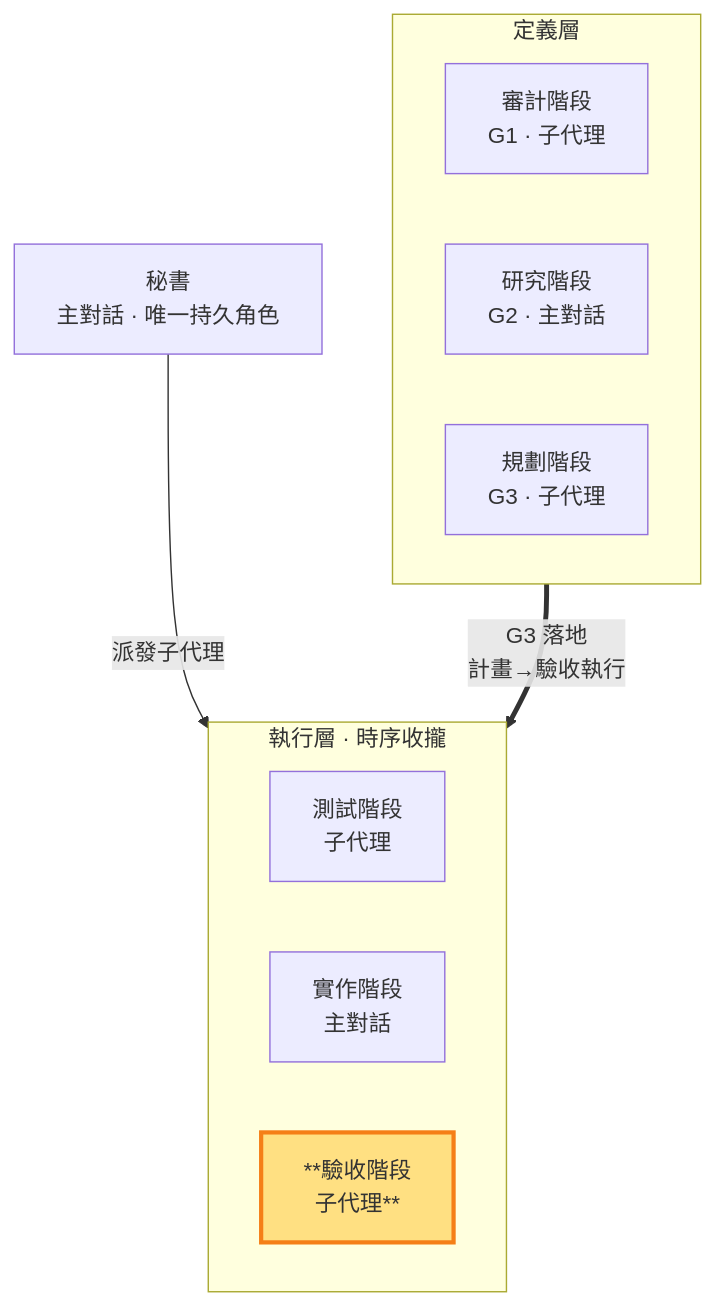
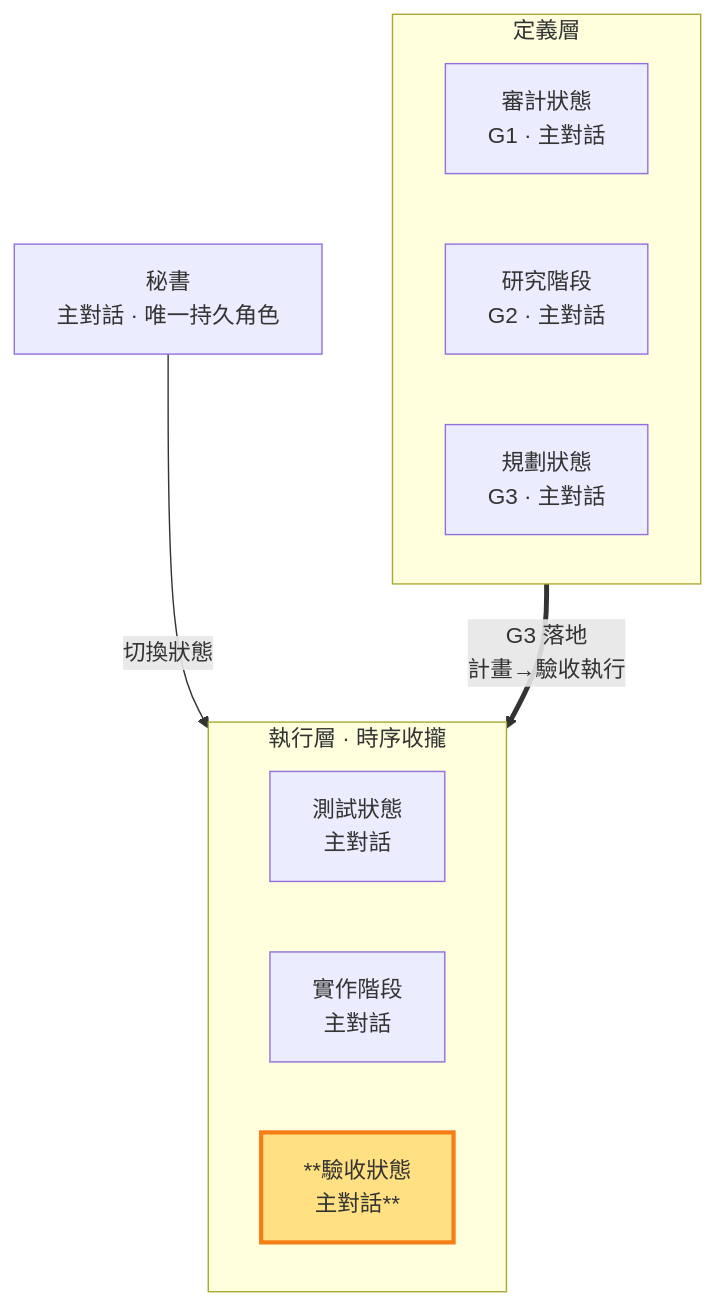
One commit to teps3105/shiftblame changed the diagram in skills/shiftblame/references/VERIFY.md. Above: the diagram before and after it, drawn with Mermaid. The commit also changed other lines of this file and 31 other files, not shown here.

````diff
--- a/skills/shiftblame/references/VERIFY.md
+++ b/skills/shiftblame/references/VERIFY.md
@@ -16,19 +16,19 @@
 ```mermaid
 flowchart TB
     SEC[秘書<br/>主對話 · 唯一持久角色]
     subgraph Consult["定義層"]
         direction LR
-        AUD["審計階段<br/>G1 · 子代理"]
+        AUD["審計狀態<br/>G1 · 主對話"]
         RES["研究階段<br/>G2 · 主對話"]
-        PLA["規劃階段<br/>G3 · 子代理"]
+        PLA["規劃狀態<br/>G3 · 主對話"]
     end
     subgraph Build["執行層 · 時序收攏"]
         direction LR
-        TST["測試階段<br/>子代理"]
+        TST["測試狀態<br/>主對話"]
         DEV["實作階段<br/>主對話"]
-        ACC["**驗收階段<br/>子代理**"]:::thisrole
+        ACC["**驗收狀態<br/>主對話**"]:::thisrole
     end
-    SEC -- 派發子代理 --> ACC
+    SEC -- 切換狀態 --> ACC
     PLA == "G3 落地<br/>計畫→驗收執行" ==> ACC
     classDef thisrole fill:#ffe082,stroke:#f57f17,stroke-width:3px;
 ```
````
